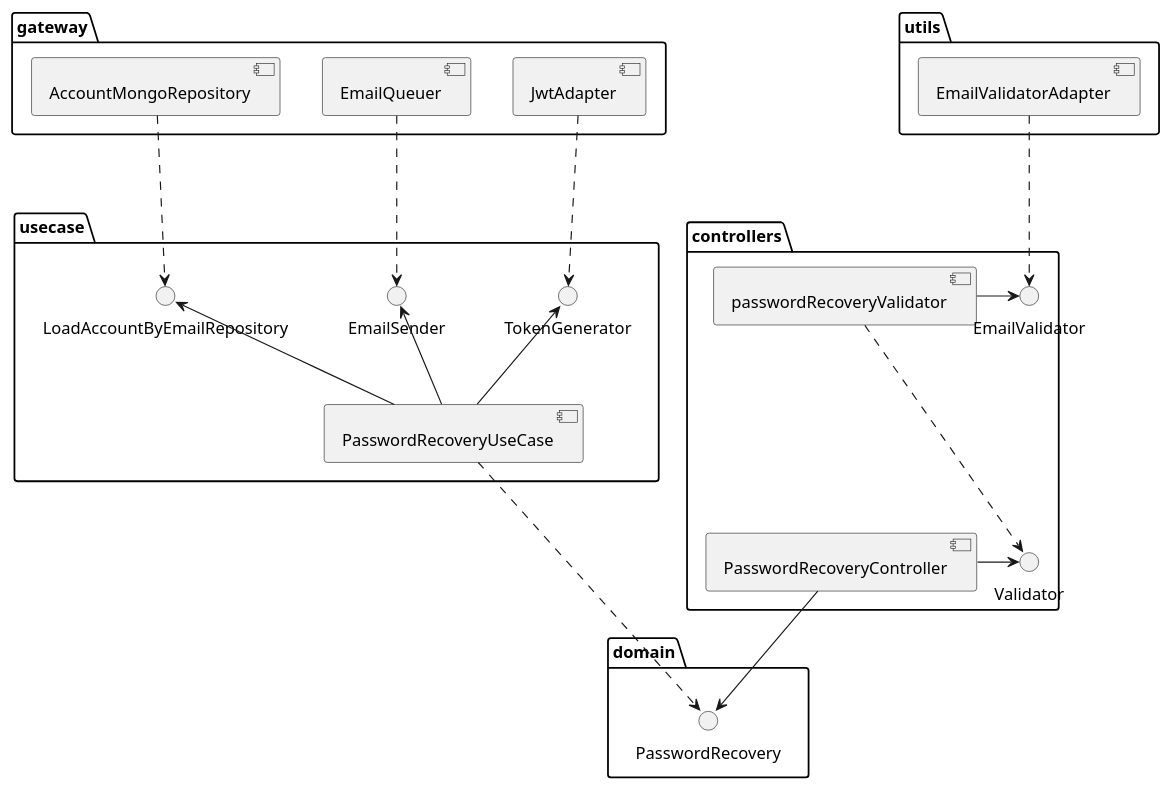
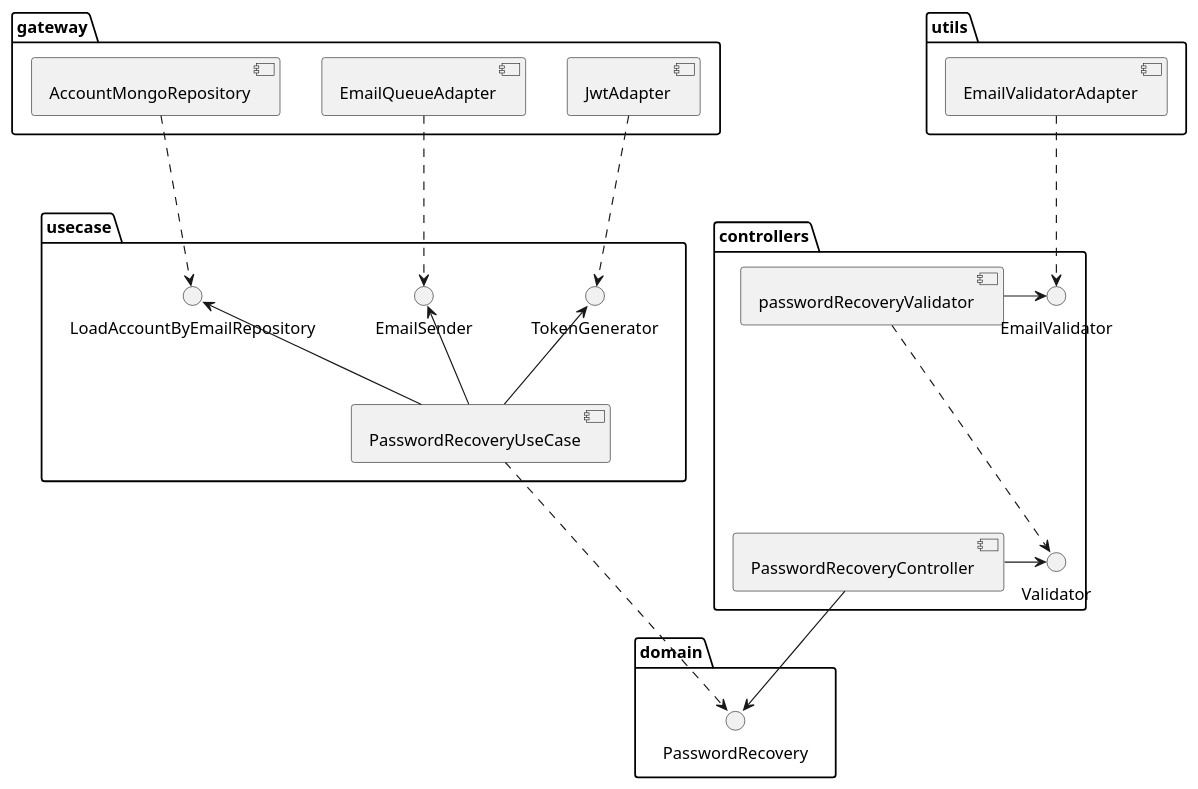
Before and after one commit to pcandido/ms-account: the diagram in docs/password-recovery.puml, drawn with PlantUML. The commit also changed 1 other file, not shown here.

Commit message:
docs: rename EmailQueuer to EmailQueueAdapter

```diff
--- a/docs/password-recovery.puml
+++ b/docs/password-recovery.puml
@@ -1,36 +1,36 @@
 @startuml password-recovery
 
 package controllers {
     [PasswordRecoveryController] -> () Validator
     [passwordRecoveryValidator] -.-> () Validator
     [passwordRecoveryValidator] -> () EmailValidator
 }
 
 package utils {
     [EmailValidatorAdapter]
 }
 
 package domain {
     () PasswordRecovery
 }
 
 package usecase {
     () LoadAccountByEmailRepository <-- [PasswordRecoveryUseCase]
     () TokenGenerator <-- [PasswordRecoveryUseCase]
     () EmailSender <-- [PasswordRecoveryUseCase]
 }
 
 package gateway {
     [AccountMongoRepository]
-    [EmailQueuer]
+    [EmailQueueAdapter]
     [JwtAdapter]
 }
 
 EmailValidatorAdapter -.-> EmailValidator
 PasswordRecoveryController --> PasswordRecovery
 PasswordRecoveryUseCase -.-> PasswordRecovery
 AccountMongoRepository -.-> LoadAccountByEmailRepository
 JwtAdapter -.-> TokenGenerator
-EmailQueuer -.-> EmailSender
+EmailQueueAdapter -.-> EmailSender
 
 @enduml
```
